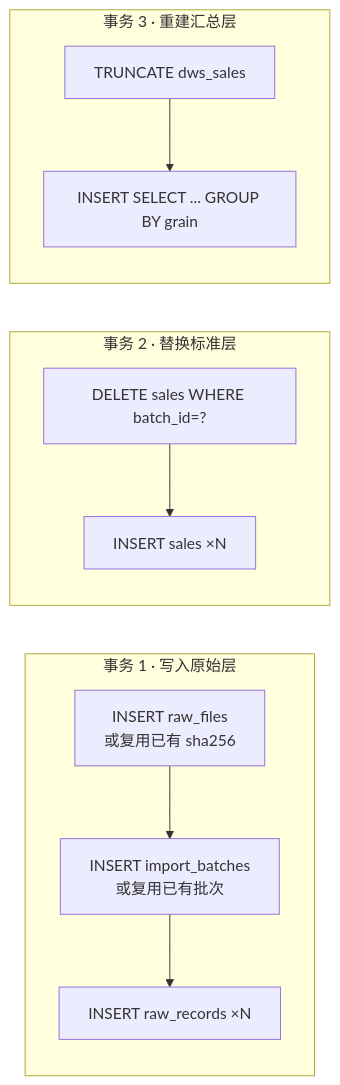
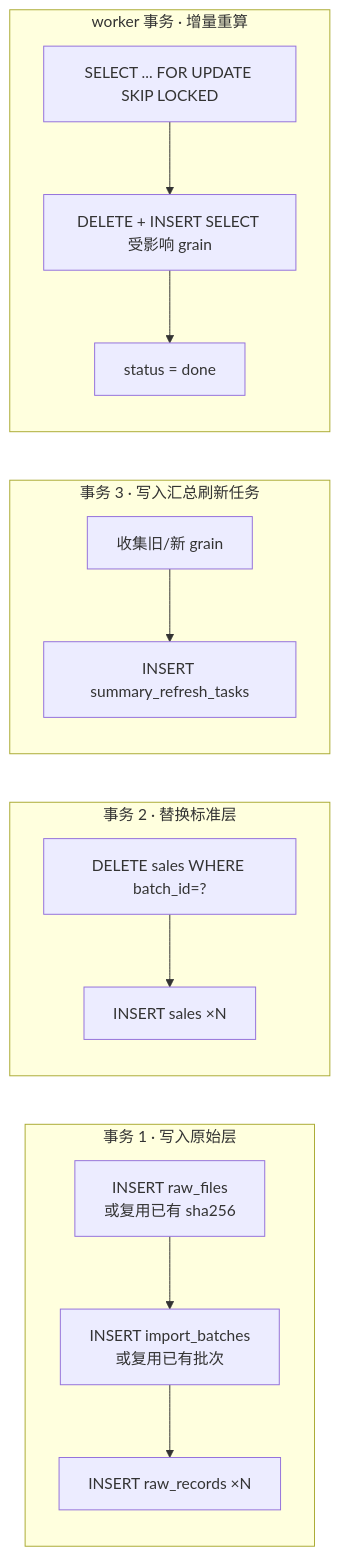
Before and after one commit to huql0605/pygo_product_manage_partform: the fifth of 7 diagrams in docs/architecture.md, drawn with Mermaid. The commit also changed other lines of this file and 13 other files, not shown here.

````diff
--- a/docs/architecture.md
+++ b/docs/architecture.md
@@ -236,13 +236,16 @@
 ```mermaid
 flowchart LR
     subgraph TX1["事务 1 · 写入原始层"]
         A1["INSERT raw_files<br/>或复用已有 sha256"] --> A2["INSERT import_batches<br/>或复用已有批次"]
         A2 --> A3["INSERT raw_records ×N"]
     end
     subgraph TX2["事务 2 · 替换标准层"]
         B1["DELETE sales WHERE batch_id=?"] --> B2["INSERT sales ×N"]
     end
-    subgraph TX3["事务 3 · 重建汇总层"]
-        C1["TRUNCATE dws_sales"] --> C2["INSERT SELECT ... GROUP BY grain"]
+    subgraph TX3["事务 3 · 写入汇总刷新任务"]
+        C1["收集旧/新 grain"] --> C2["INSERT summary_refresh_tasks"]
+    end
+    subgraph TX4["worker 事务 · 增量重算"]
+        D1["SELECT ... FOR UPDATE SKIP LOCKED"] --> D2["DELETE + INSERT SELECT 受影响 grain"] --> D3["status = done"]
     end
 ```
````
